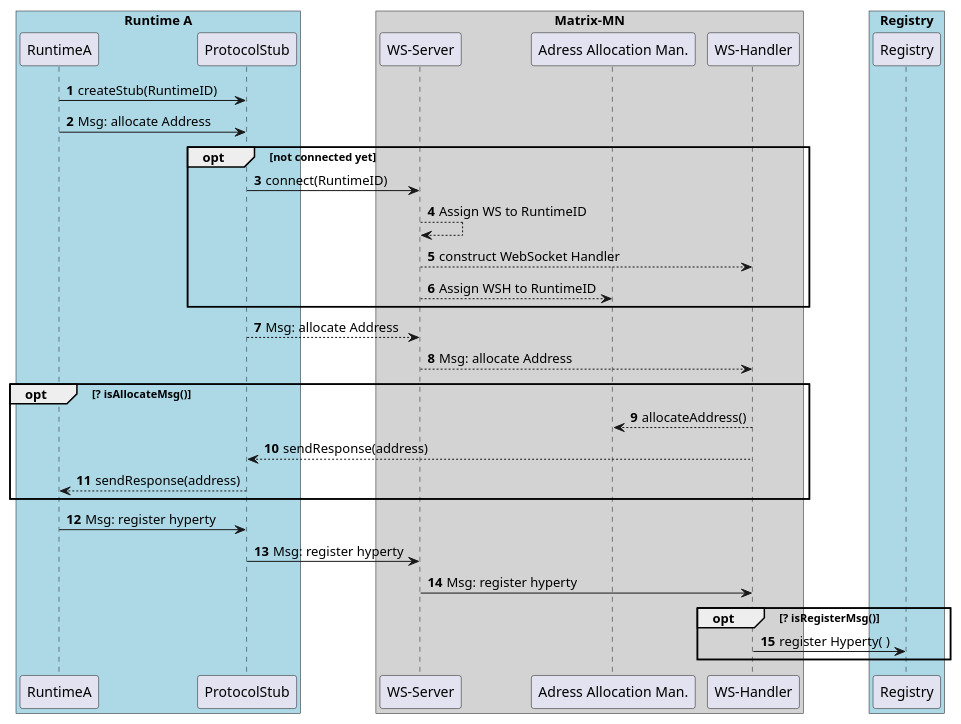
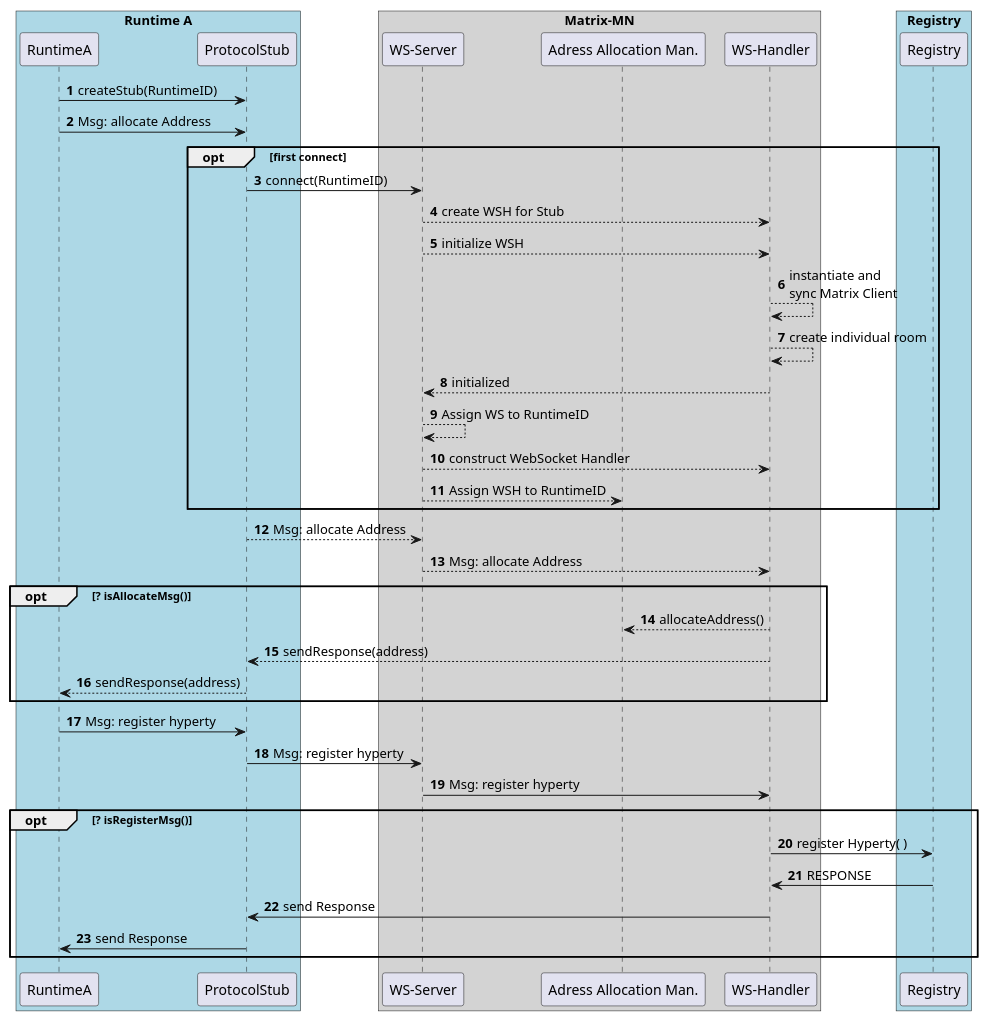
Before and after one commit to reTHINK-project/dev-msg-node-nomatrix: the diagram in uml/MatrixMN-Allocation.md, drawn with PlantUML. The commit also changed 7 other files, not shown here.

First line of the commit message:
bugfixes: - fixed multiple registration of timeline eventlisteners - fixed failed removal of handler mappings

```diff
--- a/uml/MatrixMN-Allocation.md
+++ b/uml/MatrixMN-Allocation.md
@@ -3,49 +3,58 @@
 @startuml "MatrixMN-Allocation.png"
 
 autonumber
 
 box "Runtime A" #LightBlue
   participant RuntimeA as A
   participant ProtocolStub as AStub
 end box
 
 box "Matrix-MN" #LightGray
   participant "WS-Server" as WSS
   participant "Adress Allocation Man." as AAM
 
   participant "WS-Handler" as WSH
 end box
 
 box "Registry" #LightBlue
   participant "Registry" as Reg
 end box
 
 A -> AStub: createStub(RuntimeID)
 A -> AStub: Msg: allocate Address
 
-opt not connected yet
+opt first connect
   AStub -> WSS : connect(RuntimeID)
 
+  WSS --> WSH : create WSH for Stub
+  WSS --> WSH : initialize WSH
+  WSH --> WSH : instantiate and \nsync Matrix Client
+  WSH --> WSH : create individual room
+  WSH --> WSS : initialized
   WSS --> WSS : Assign WS to RuntimeID
   WSS --> WSH : construct WebSocket Handler
   WSS --> AAM : Assign WSH to RuntimeID
 
 end
 
   AStub --> WSS: Msg: allocate Address
   WSS --> WSH: Msg: allocate Address
 
 opt ? isAllocateMsg()
   WSH --> AAM : allocateAddress()
   WSH --> AStub: sendResponse(address)
   AStub --> A: sendResponse(address)
 end
 
 A -> AStub: Msg: register hyperty
 AStub -> WSS: Msg: register hyperty
 WSS -> WSH: Msg: register hyperty
 
 opt ? isRegisterMsg()
   WSH -> Reg : register Hyperty( )
+  Reg -> WSH : RESPONSE
+  WSH -> AStub : send Response
+  AStub -> A : send Response
 end
+
 @enduml
```
